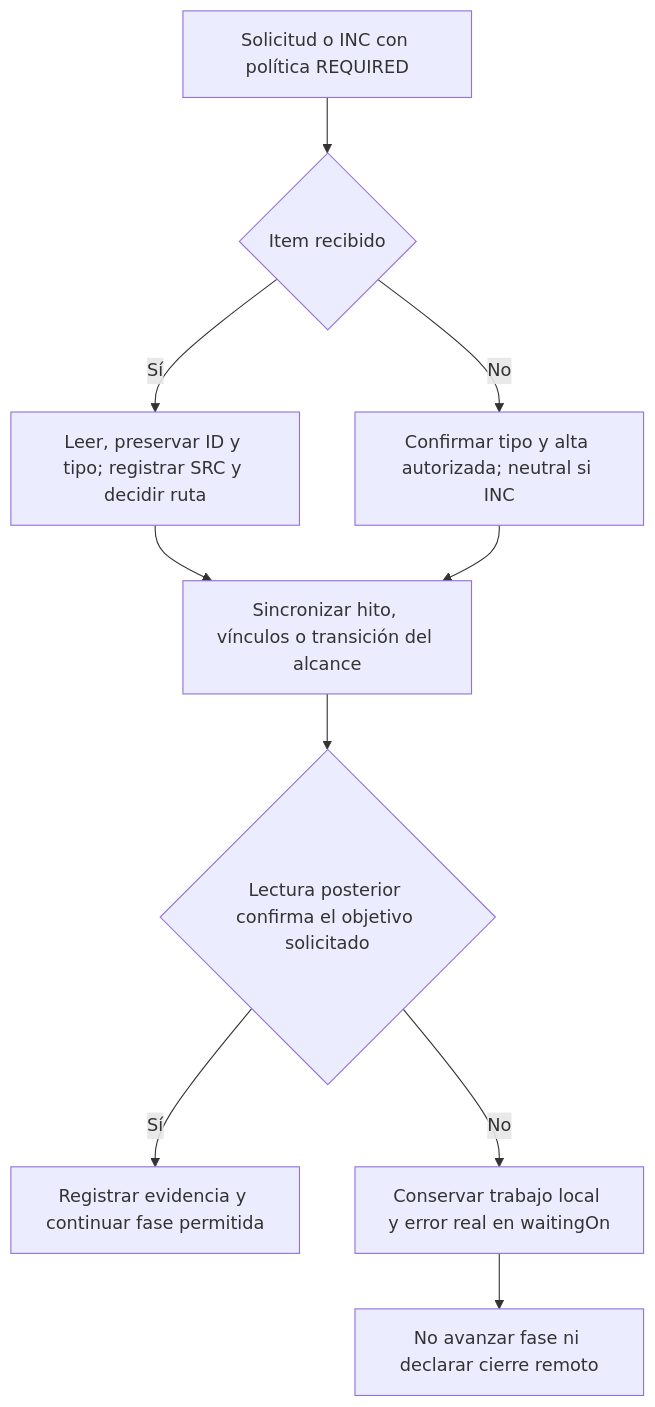
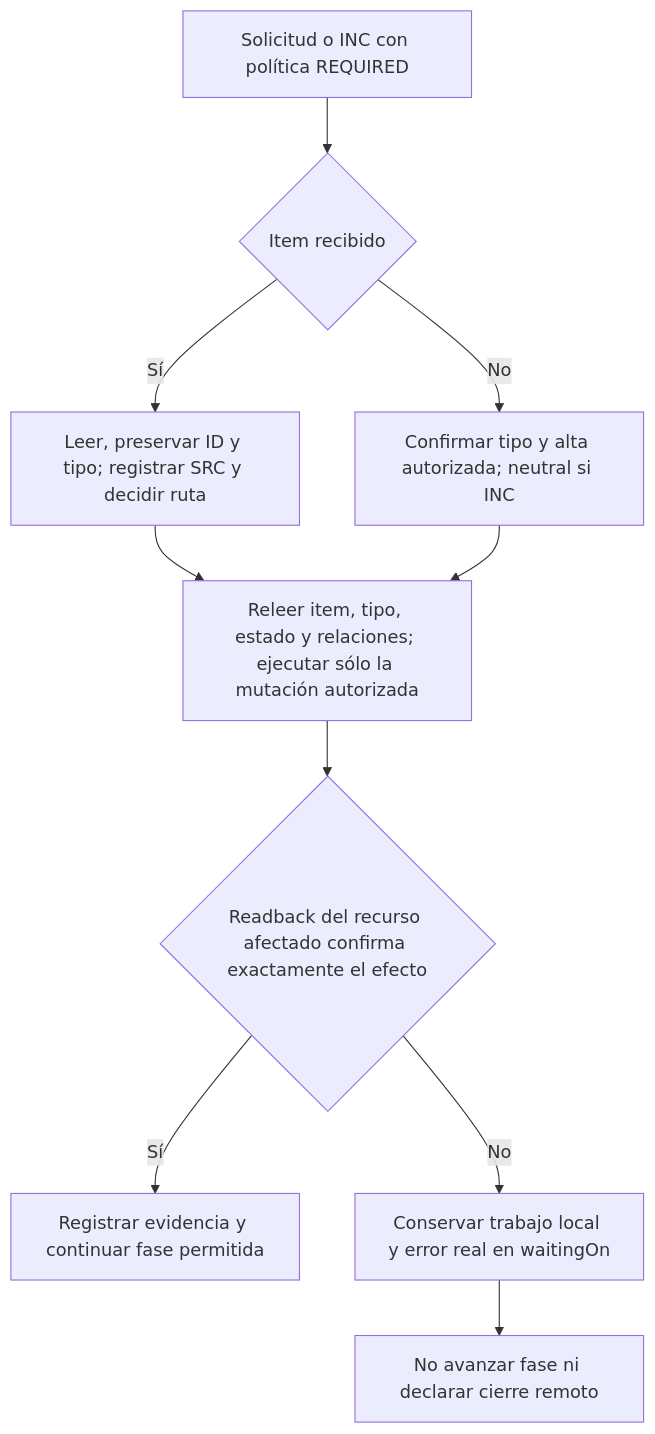
One commit to matgro/faro-suite-skills changed the second of 6 diagrams in docs/flujo-faro/05-integraciones-y-entrega.md. Above: the diagram before and after it, drawn with Mermaid. The commit also changed other lines of this file and 73 other files, not shown here.

````diff
--- a/docs/flujo-faro/05-integraciones-y-entrega.md
+++ b/docs/flujo-faro/05-integraciones-y-entrega.md
@@ -88,12 +94,12 @@
 ```mermaid
 flowchart TD
     S0["Solicitud o INC con política REQUIRED"] --> S1{"Item recibido"}
     S1 -->|"Sí"| S2["Leer, preservar ID y tipo; registrar SRC y decidir ruta"]
     S1 -->|"No"| S3["Confirmar tipo y alta autorizada; neutral si INC"]
-    S2 --> S4["Sincronizar hito, vínculos o transición del alcance"]
+    S2 --> S4["Releer item, tipo, estado y relaciones; ejecutar sólo la mutación autorizada"]
     S3 --> S4
-    S4 --> S5{"Lectura posterior confirma el objetivo solicitado"}
+    S4 --> S5{"Readback del recurso afectado confirma exactamente el efecto"}
     S5 -->|"Sí"| S6["Registrar evidencia y continuar fase permitida"]
     S5 -->|"No"| S7["Conservar trabajo local y error real en waitingOn"]
     S7 --> S8["No avanzar fase ni declarar cierre remoto"]
 ```
````
